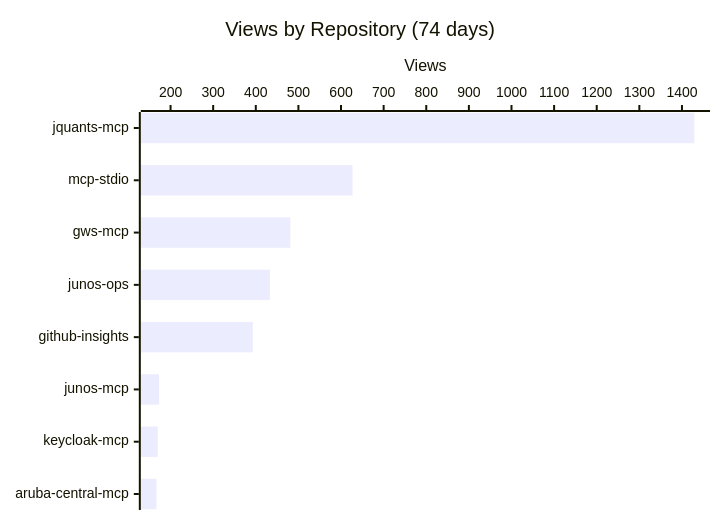
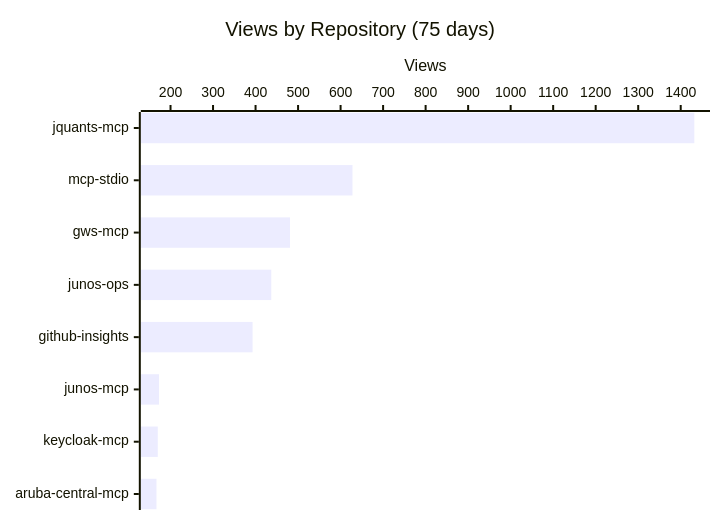
The first of 3 diagrams in README.md (shigechika/github-insights), drawn with Mermaid before and after one commit. The commit also changed other lines of this file and 2 other files, not shown here.

````diff
--- a/README.md
+++ b/README.md
@@ -18,7 +18,7 @@
 ```mermaid
 xychart-beta horizontal
-    title "Views by Repository (74 days)"
+    title "Views by Repository (75 days)"
     x-axis ["jquants-mcp", "mcp-stdio", "gws-mcp", "junos-ops", "github-insights", "junos-mcp", "keycloak-mcp", "aruba-central-mcp"]
     y-axis "Views"
-    bar [1429, 627, 481, 433, 393, 173, 170, 167]
+    bar [1432, 628, 481, 437, 393, 173, 170, 167]
 ```
````
